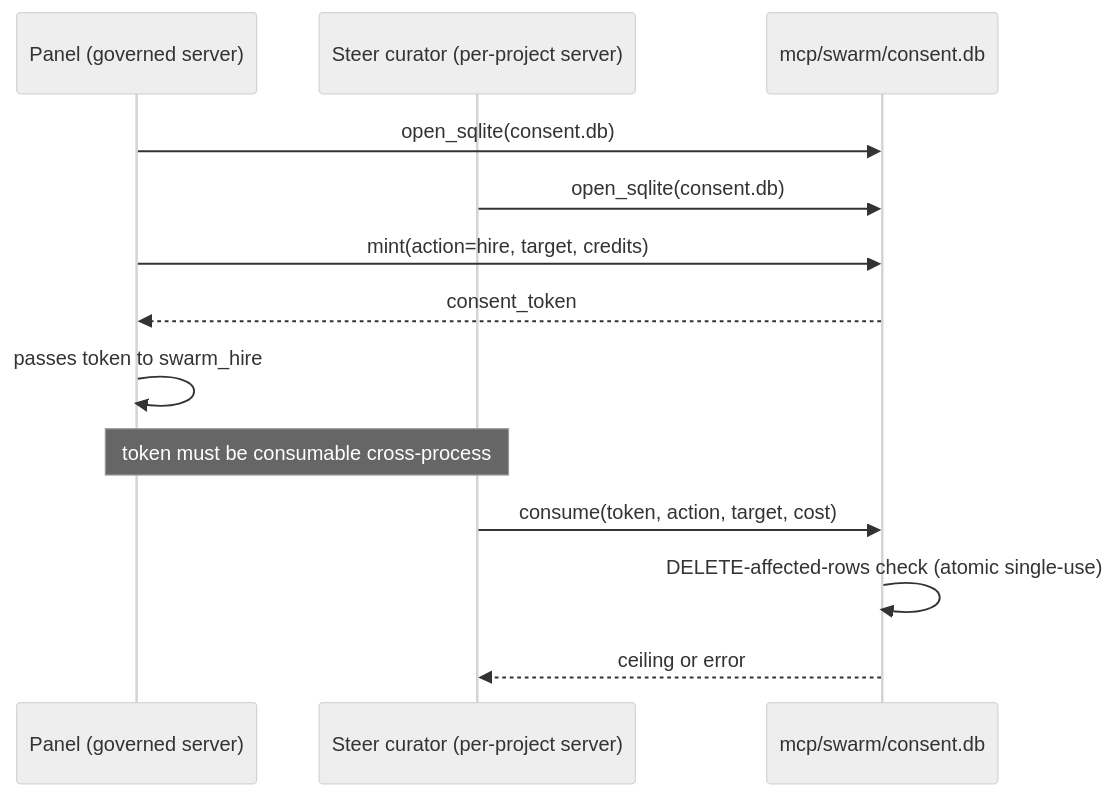
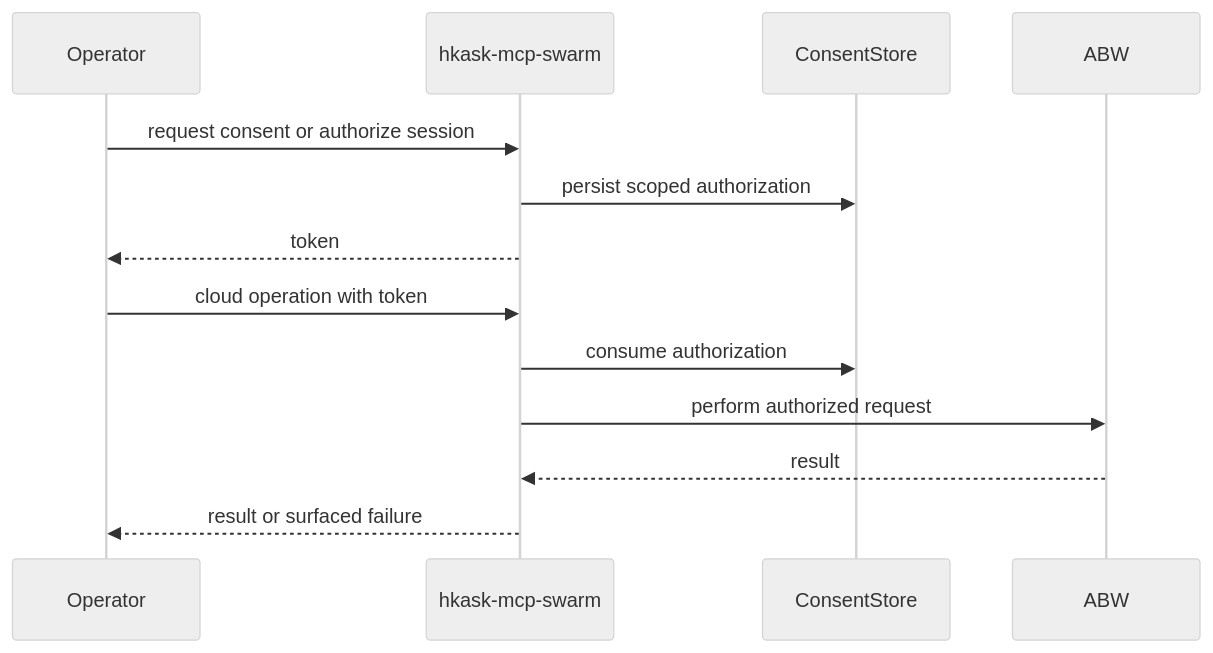
The second of 2 diagrams in kask/docs/diataxis/swarm_system/explanation.md (mdz-axo/zed-kask), drawn with Mermaid (neutral theme) before and after one commit. The commit also changed other lines of this file and 15 other files, not shown here.

````diff
--- a/kask/docs/diataxis/swarm_system/explanation.md
+++ b/kask/docs/diataxis/swarm_system/explanation.md
@@ -114,15 +101,16 @@
 ```mermaid
 sequenceDiagram
-    participant Panel as Panel (governed server)
-    participant Steer as Steer curator (per-project server)
-    participant Store as mcp/swarm/consent.db
-    Panel->>Store: open_sqlite(consent.db)
-    Steer->>Store: open_sqlite(consent.db)
-    Panel->>Store: mint(action=hire, target, credits)
-    Store-->>Panel: consent_token
-    Panel->>Panel: passes token to swarm_hire
-    Note over Panel,Steer: token must be consumable cross-process
-    Steer->>Store: consume(token, action, target, cost)
-    Store->>Store: DELETE-affected-rows check (atomic single-use)
-    Store-->>Steer: ceiling or error
+    participant Operator
+    participant Swarm as hkask-mcp-swarm
+    participant Consent as ConsentStore
+    participant ABW
+
+    Operator->>Swarm: request consent or authorize session
+    Swarm->>Consent: persist scoped authorization
+    Swarm-->>Operator: token
+    Operator->>Swarm: cloud operation with token
+    Swarm->>Consent: consume authorization
+    Swarm->>ABW: perform authorized request
+    ABW-->>Swarm: result
+    Swarm-->>Operator: result or surfaced failure
 ```
````
